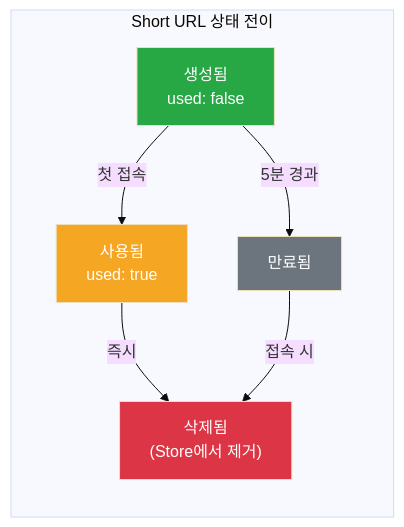
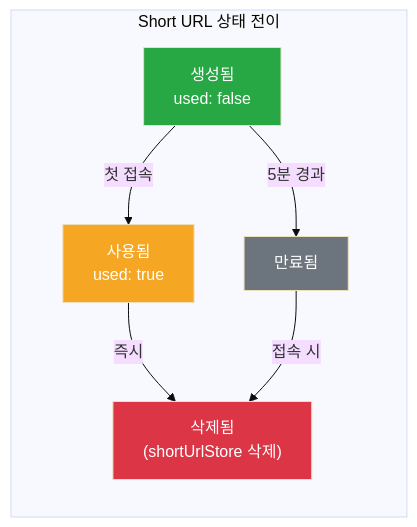
Before and after one commit to stukrstore/OneTimeBlob: the third of 4 diagrams in README.md, drawn with Mermaid (base theme).

Commit message:
Fix wording: Store에서 제거 → shortUrlStore 삭제

````diff
--- a/README.md
+++ b/README.md
@@ -156,14 +156,14 @@
 ```mermaid
 flowchart LR
     subgraph "Short URL 상태 전이"
         A["생성됨<br/>used: false"] -->|"첫 접속"| B["사용됨<br/>used: true"]
-        B -->|"즉시"| C["삭제됨<br/>(Store에서 제거)"]
+        B -->|"즉시"| C["삭제됨<br/>(shortUrlStore 삭제)"]
         A -->|"5분 경과"| D["만료됨"]
         D -->|"접속 시"| C
     end
 
     style A fill:#28a745,color:#fff
     style B fill:#f5a623,color:#fff
     style C fill:#dc3545,color:#fff
     style D fill:#6c757d,color:#fff
 ```
````
